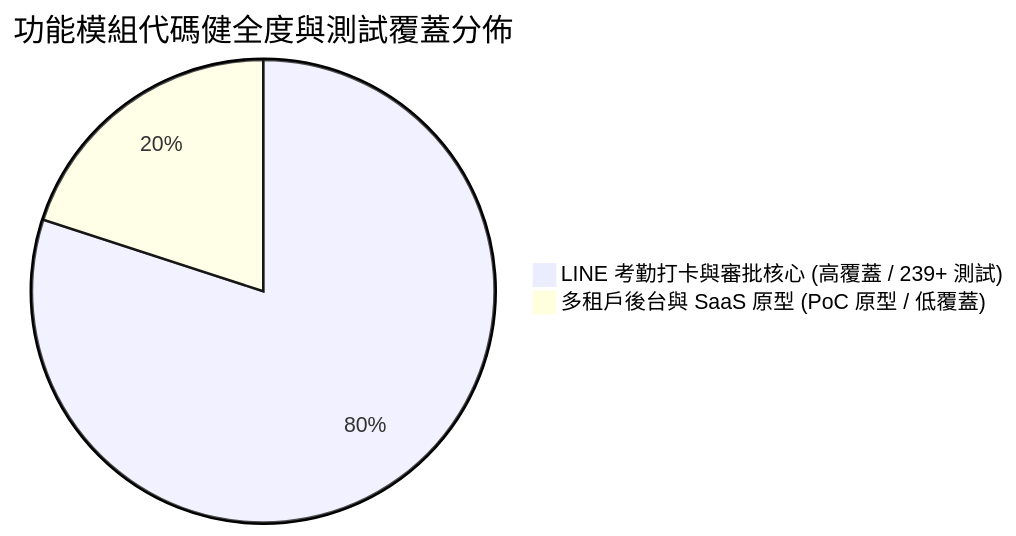
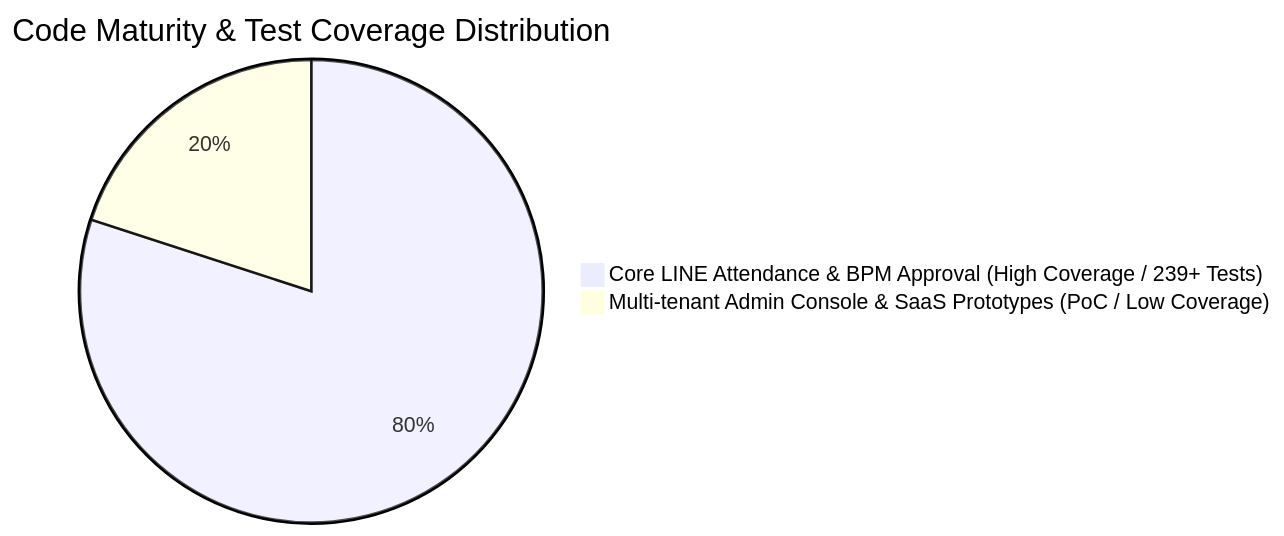
One commit to i14d14/line-checkin changed the first of 2 diagrams in README.md. Above: the diagram before and after it, drawn with Mermaid. The commit also changed other lines of this file, not shown here.

````diff
--- a/README.md
+++ b/README.md
@@ -18,5 +18,5 @@
 ```mermaid
-pie title 功能模組代碼健全度與測試覆蓋分佈
-    "LINE 考勤打卡與審批核心 (高覆蓋 / 239+ 測試)" : 80
-    "多租戶後台與 SaaS 原型 (PoC 原型 / 低覆蓋)" : 20
+pie title Code Maturity & Test Coverage Distribution
+    "Core LINE Attendance & BPM Approval (High Coverage / 239+ Tests)" : 80
+    "Multi-tenant Admin Console & SaaS Prototypes (PoC / Low Coverage)" : 20
 ```
````
